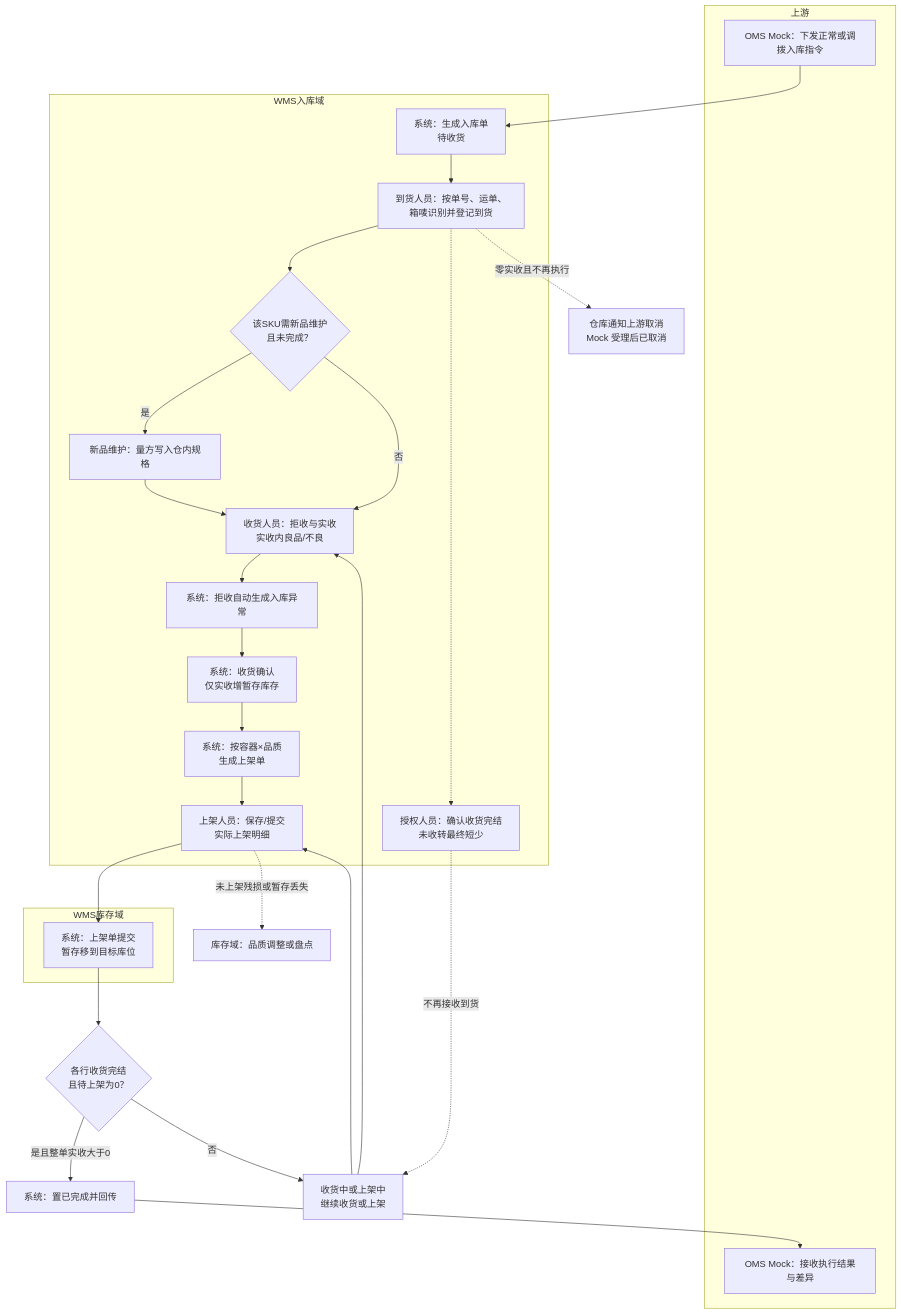
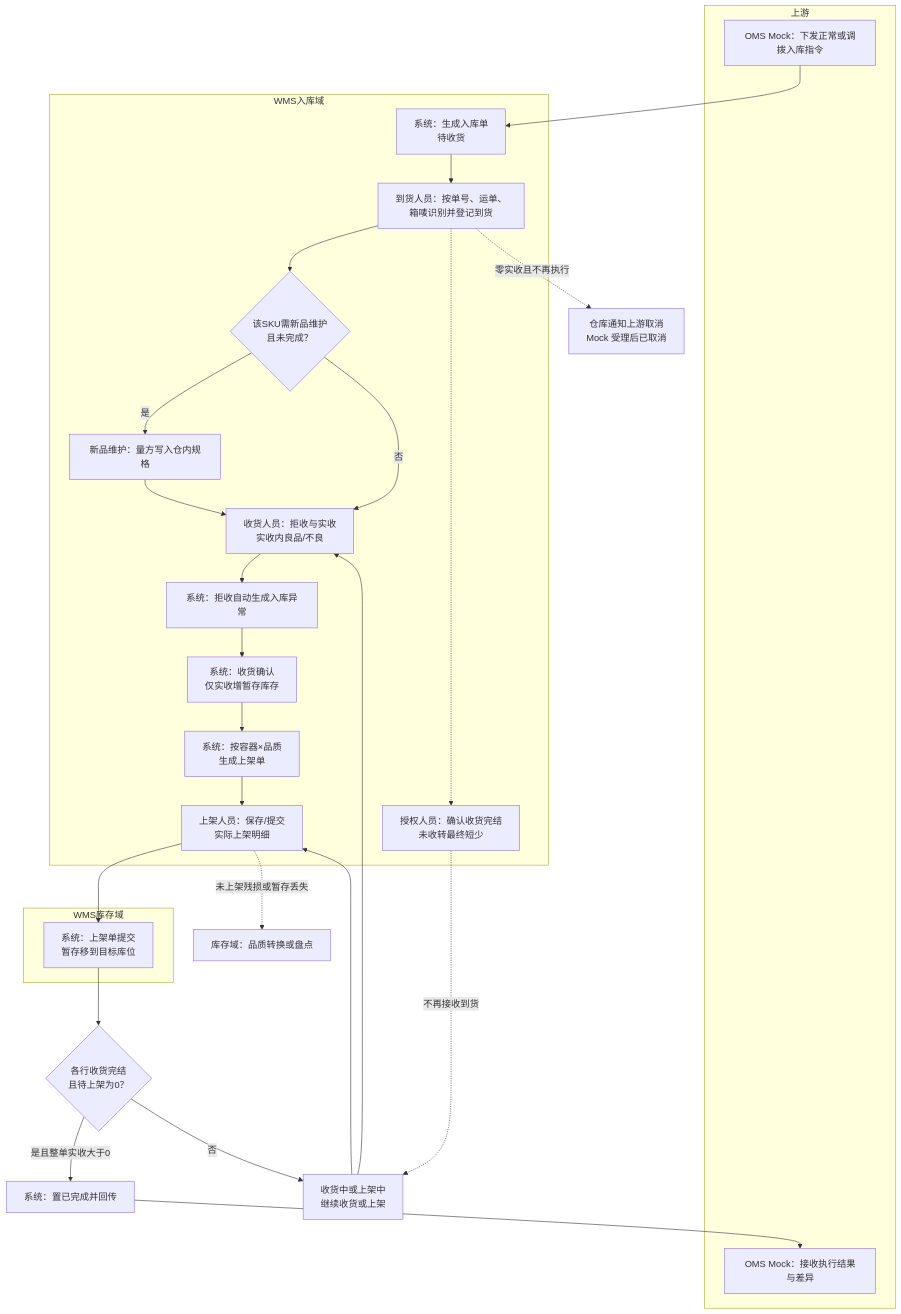
One commit to TopVitamin/QS-WMS-Project changed the second of 6 diagrams in 05-应用设计方案/20261002-MVP版本/系统架构设计/01-系统流程与单据交互.md. Above: the diagram before and after it, drawn with Mermaid. The commit also changed other lines of this file and 174 other files, not shown here.

````diff
--- a/05-应用设计方案/20261002-MVP版本/系统架构设计/01-系统流程与单据交互.md
+++ b/05-应用设计方案/20261002-MVP版本/系统架构设计/01-系统流程与单据交互.md
@@ -72,43 +73,43 @@
 ```mermaid
 flowchart TB
     subgraph 上游
         M1[OMS Mock：下发正常或调拨入库指令]
         M2[OMS Mock：接收执行结果与差异]
     end
     subgraph WMS入库域
         E1[系统：生成入库单<br/>待收货]
         R1[到货人员：按单号、运单、<br/>箱唛识别并登记到货]
         NM{该SKU需新品维护<br/>且未完成？}
         NP[新品维护：量方写入仓内规格]
         R2[收货人员：拒收与实收<br/>实收内良品/不良]
         DF[系统：拒收自动生成入库异常]
         ST[系统：收货确认<br/>仅实收增暂存库存]
         PO[系统：按容器×品质<br/>生成上架单]
         P1[上架人员：保存/提交<br/>实际上架明细]
         C1[授权人员：确认收货完结<br/>未收转最终短少]
     end
     subgraph WMS库存域
         I1[系统：上架单提交<br/>暂存移到目标库位]
     end
     M1 --> E1
     E1 --> R1
     R1 --> NM
     NM -->|是| NP
     NP --> R2
     NM -->|否| R2
     R2 --> DF
     DF --> ST
     ST --> PO
     PO --> P1
     P1 --> I1
     I1 --> G1{各行收货完结<br/>且待上架为0？}
     G1 -->|是且整单实收大于0| E2[系统：置已完成并回传]
     E2 --> M2
     G1 -->|否| R3[收货中或上架中<br/>继续收货或上架]
     R3 --> R2
     R3 --> P1
     R1 -.-> C1
     C1 -.->|不再接收到货| R3
     R1 -.->|零实收且不再执行| Z1[仓库通知上游取消<br/>Mock 受理后已取消]
-    P1 -.->|未上架残损或暂存丢失| INV[库存域：品质调整或盘点]
+    P1 -.->|未上架残损或暂存丢失| INV[库存域：品质转换或盘点]
 ```
````
